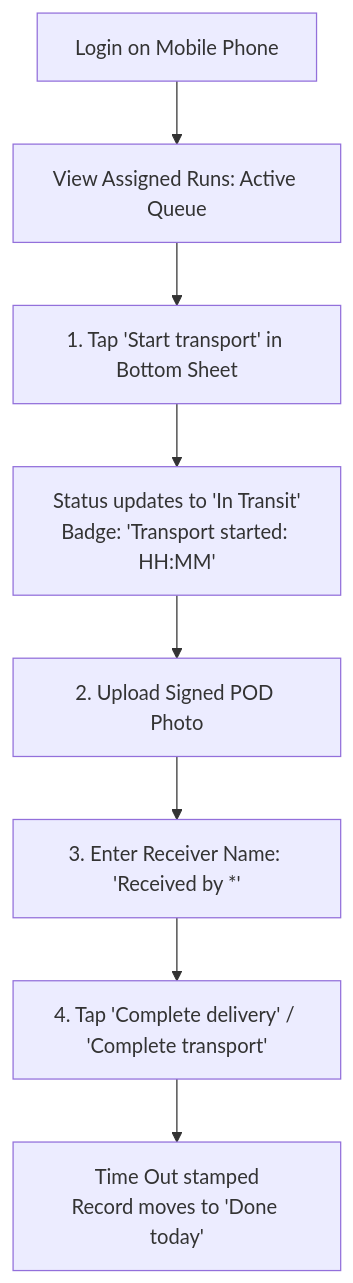
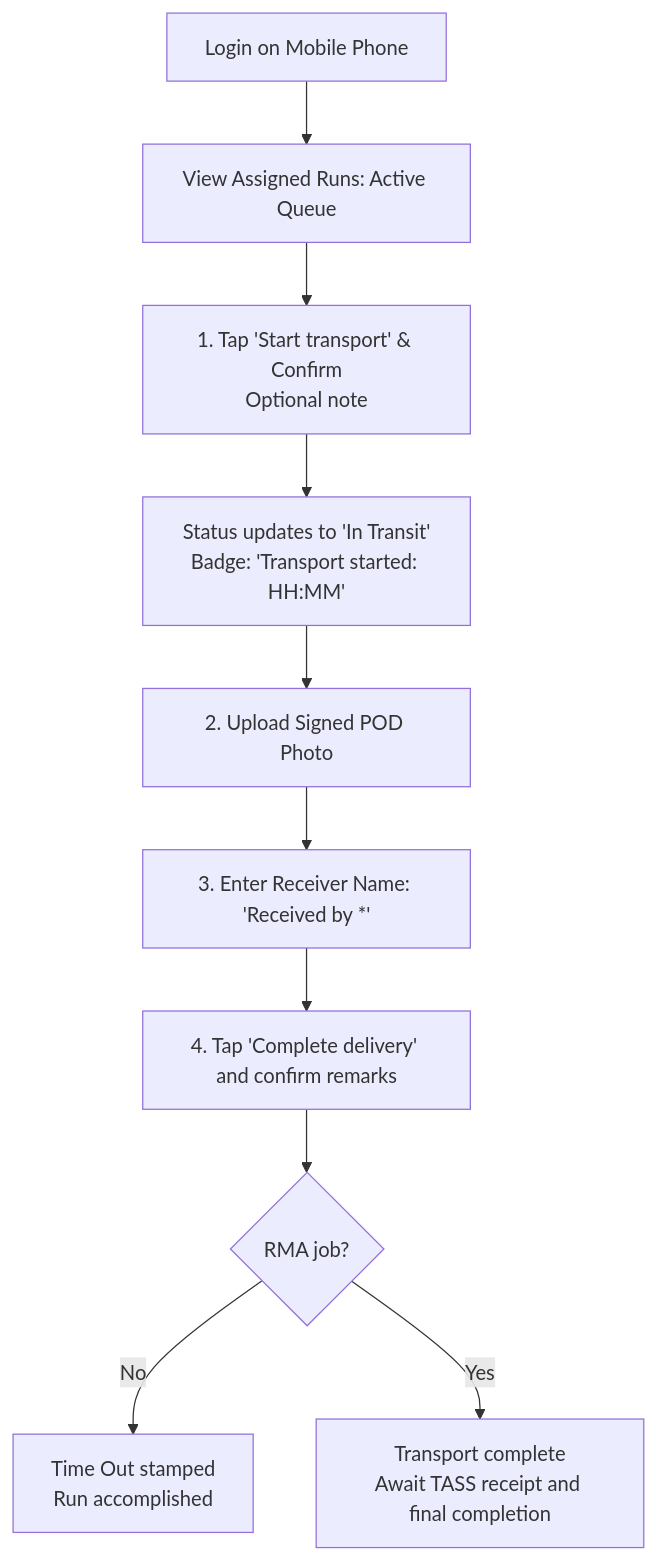
The third of 4 diagrams in docs/USER_MANUALS.md (OatiesMilk/Supply-Chain), drawn with Mermaid before and after one commit. The commit also changed other lines of this file and 20 other files, not shown here.

````diff
--- a/docs/USER_MANUALS.md
+++ b/docs/USER_MANUALS.md
@@ -201,10 +214,12 @@
 ```mermaid
 flowchart TD
     Login[Login on Mobile Phone] --> ViewRuns[View Assigned Runs: Active Queue]
-    ViewRuns --> Start[1. Tap 'Start transport' in Bottom Sheet]
+    ViewRuns --> Start[1. Tap 'Start transport' & Confirm\nOptional note]
     Start --> Transit[Status updates to 'In Transit'\nBadge: 'Transport started: HH:MM']
     Transit --> UploadPhoto[2. Upload Signed POD Photo]
     UploadPhoto --> Recipient[3. Enter Receiver Name: 'Received by *']
-    Recipient --> Complete[4. Tap 'Complete delivery' / 'Complete transport']
-    Complete --> Done[Time Out stamped\nRecord moves to 'Done today']
+    Recipient --> Complete[4. Tap 'Complete delivery' and confirm remarks]
+    Complete --> Kind{RMA job?}
+    Kind -->|No| Done[Time Out stamped\nRun accomplished]
+    Kind -->|Yes| Handoff[Transport complete\nAwait TASS receipt and final completion]
 ```
````
